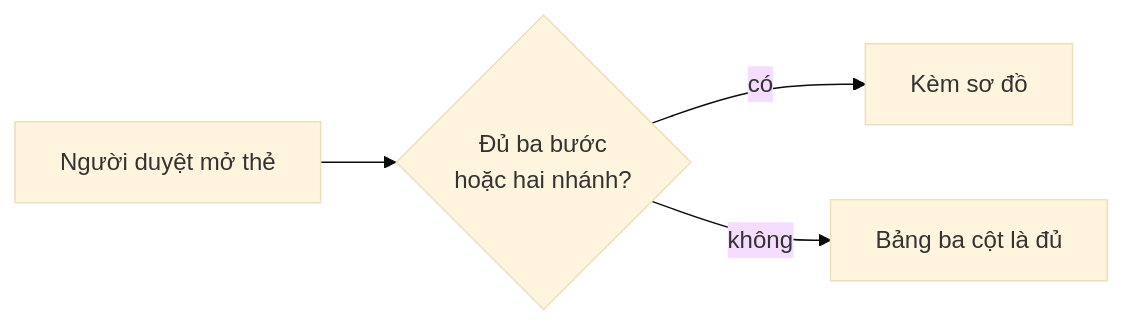
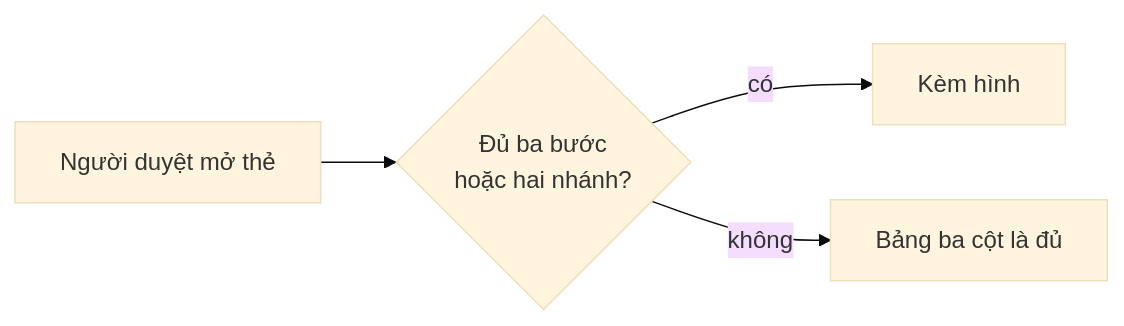
One commit to phanlemanh/acceptance-gate-kit changed the diagram in plugins/acceptance-gate/skills/acceptance/references/human-facing-language.md. Above: the diagram before and after it, drawn with Mermaid (base theme). The commit also changed other lines of this file and 14 other files, not shown here.

````diff
--- a/plugins/acceptance-gate/skills/acceptance/references/human-facing-language.md
+++ b/plugins/acceptance-gate/skills/acceptance/references/human-facing-language.md
@@ -78,6 +105,6 @@
 ```mermaid
 graph LR
   A[Người duyệt mở thẻ] --> B{Đủ ba bước<br/>hoặc hai nhánh?}
-  B -->|có| C[Kèm sơ đồ]
+  B -->|có| C[Kèm hình]
   B -->|không| D[Bảng ba cột là đủ]
 ```
````
